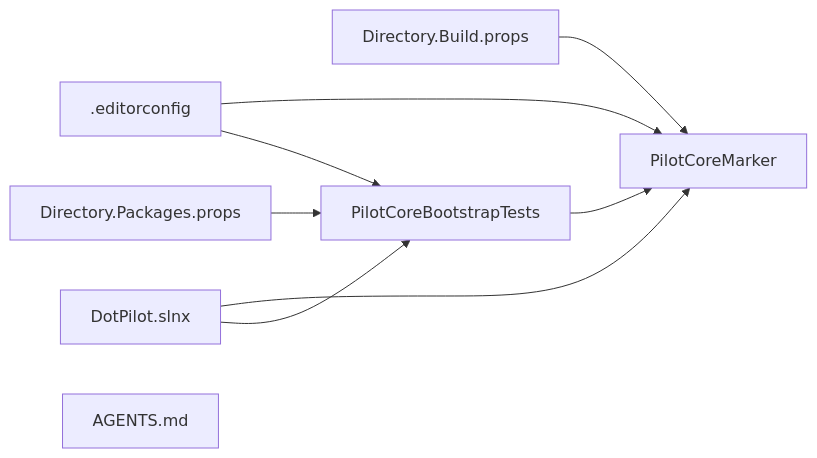
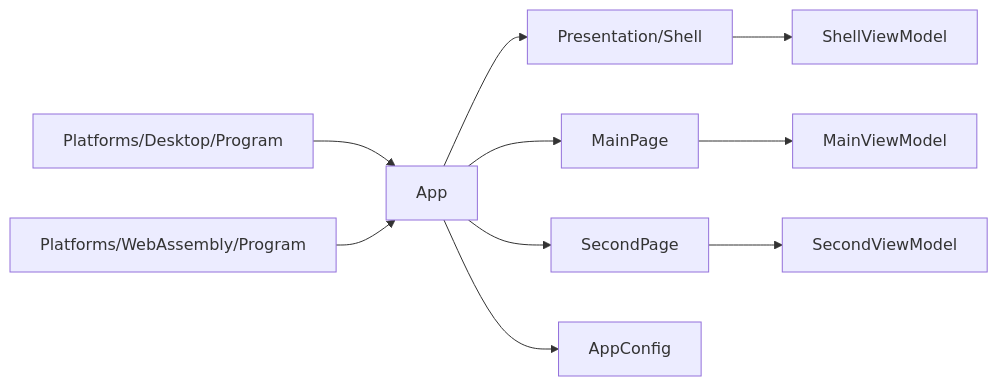
Before and after one commit to managedcode/dotPilot: the third of 3 diagrams in docs/Architecture.md, drawn with Mermaid. The commit also changed other lines of this file and 104 other files, not shown here.

````diff
--- a/docs/Architecture.md
+++ b/docs/Architecture.md
@@ -72,18 +68,23 @@
 ```mermaid
 flowchart LR
-  EditorConfig[".editorconfig"]
-  Props["Directory.Build.props"]
-  Packages["Directory.Packages.props"]
-  Sln["DotPilot.slnx"]
-  Agents["AGENTS.md"]
-  Marker["PilotCoreMarker"]
-  BootstrapTest["PilotCoreBootstrapTests"]
+  DesktopProgram["Platforms/Desktop/Program"]
+  BrowserProgram["Platforms/WebAssembly/Program"]
+  App["App"]
+  Shell["Presentation/Shell"]
+  ShellVm["ShellViewModel"]
+  MainPage["MainPage"]
+  MainVm["MainViewModel"]
+  SecondPage["SecondPage"]
+  SecondVm["SecondViewModel"]
+  Config["AppConfig"]
 
-  Props --> Marker
-  Packages --> BootstrapTest
-  EditorConfig --> Marker
-  EditorConfig --> BootstrapTest
-  Sln --> Marker
-  Sln --> BootstrapTest
-  BootstrapTest --> Marker
+  DesktopProgram --> App
+  BrowserProgram --> App
+  App --> Shell
+  App --> MainPage
+  App --> SecondPage
+  Shell --> ShellVm
+  MainPage --> MainVm
+  SecondPage --> SecondVm
+  App --> Config
 ```
````
